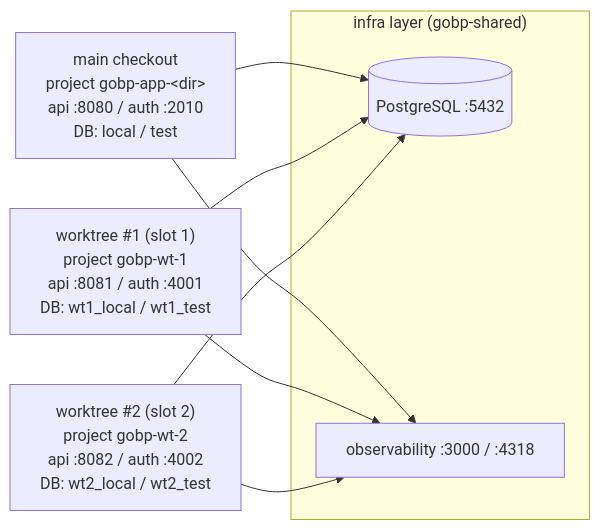
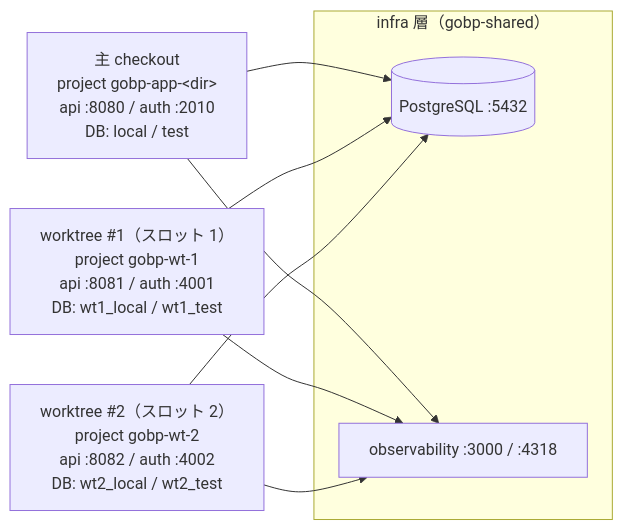
Before and after one commit to Tomy-ch/go-boilerplate: the second of 2 diagrams in docs/maintenance/local-environment.md, drawn with Mermaid. The commit also changed other lines of this file and 970 other files, not shown here.

````diff
--- a/docs/maintenance/local-environment.md
+++ b/docs/maintenance/local-environment.md
@@ -213,17 +200,17 @@
 ```mermaid
 graph LR
-  subgraph shared["infra layer (gobp-shared)"]
+  subgraph shared["infra 層（gobp-shared）"]
     pg[("PostgreSQL :5432")]
     obs["observability :3000 / :4318"]
   end
-  main["main checkout<br/>project gobp-app-&lt;dir&gt;<br/>api :8080 / auth :2010<br/>DB: local / test"]
-  wt1["worktree #1 (slot 1)<br/>project gobp-wt-1<br/>api :8081 / auth :4001<br/>DB: wt1_local / wt1_test"]
-  wt2["worktree #2 (slot 2)<br/>project gobp-wt-2<br/>api :8082 / auth :4002<br/>DB: wt2_local / wt2_test"]
+  main["主 checkout<br/>project gobp-app-&lt;dir&gt;<br/>api :8080 / auth :2010<br/>DB: local / test"]
+  wt1["worktree #1（スロット 1）<br/>project gobp-wt-1<br/>api :8081 / auth :4001<br/>DB: wt1_local / wt1_test"]
+  wt2["worktree #2（スロット 2）<br/>project gobp-wt-2<br/>api :8082 / auth :4002<br/>DB: wt2_local / wt2_test"]
 
   main --> pg
   wt1 --> pg
   wt2 --> pg
   main --> obs
   wt1 --> obs
   wt2 --> obs
 ```
````
